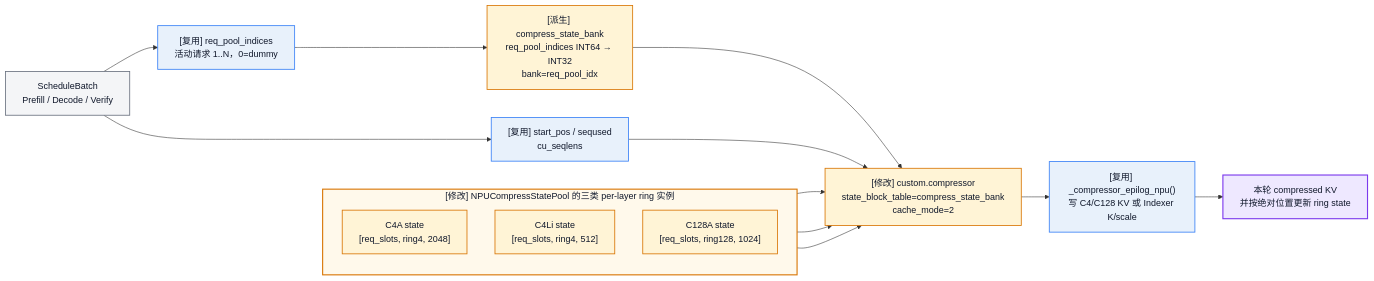
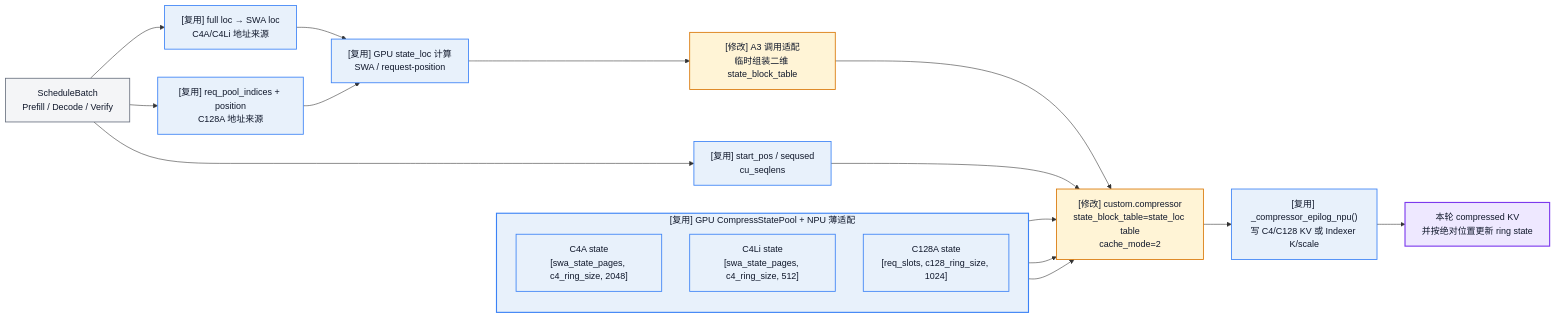
One commit to Talantan1102/sglang changed the eighth of 19 diagrams in python/sglang/srt/hardware_backend/npu/dsv4/NPU_DSV4_CACHE_REFACTOR.md. Above: the diagram before and after it, drawn with Mermaid. The commit also changed other lines of this file and 19 other files, not shown here.

Commit message:
refactor(npu): switch DSV4 compressor state to ring storage

````diff
--- a/python/sglang/srt/hardware_backend/npu/dsv4/NPU_DSV4_CACHE_REFACTOR.md
+++ b/python/sglang/srt/hardware_backend/npu/dsv4/NPU_DSV4_CACHE_REFACTOR.md
@@ -392,33 +398,37 @@
 ```mermaid
 flowchart LR
     Batch["ScheduleBatch<br/>Prefill / Decode / Verify"]:::neutral
-    Req["[复用] req_pool_indices<br/>活动请求 1..N，0=dummy"]:::reused
+    Full["[复用] full loc → SWA loc<br/>C4A/C4Li 地址来源"]:::reused
+    Req["[复用] req_pool_indices + position<br/>C128A 地址来源"]:::reused
     Seq["[复用] start_pos / seqused<br/>cu_seqlens"]:::reused
-    Bank["[派生] compress_state_bank<br/>req_pool_indices INT64 → INT32<br/>bank=req_pool_idx"]:::changed
+    Addr["[复用] GPU state_loc 计算<br/>SWA / request-position"]:::reused
+    LocTable["[修改] A3 调用适配<br/>临时组装二维 state_block_table"]:::changed
 
-    subgraph Pools["[修改] NPUCompressStatePool 的三类 per-layer ring 实例"]
+    subgraph Pools["[复用] GPU CompressStatePool + NPU 薄适配"]
         direction TB
-        C4A["C4A state<br/>[req_slots, ring4, 2048]"]:::changed
-        C4Li["C4Li state<br/>[req_slots, ring4, 512]"]:::changed
-        C128A["C128A state<br/>[req_slots, ring128, 1024]"]:::changed
+        C4A["C4A state<br/>[swa_state_pages, c4_ring_size, 2048]"]:::reused
+        C4Li["C4Li state<br/>[swa_state_pages, c4_ring_size, 512]"]:::reused
+        C128A["C128A state<br/>[req_slots, c128_ring_size, 1024]"]:::reused
     end
 
-    Op["[修改] custom.compressor<br/>state_block_table=compress_state_bank<br/>cache_mode=2"]:::changed
+    Op["[修改] custom.compressor<br/>state_block_table=state_loc table<br/>cache_mode=2"]:::changed
     Epilog["[复用] _compressor_epilog_npu()<br/>写 C4/C128 KV 或 Indexer K/scale"]:::reused
     Result["本轮 compressed KV<br/>并按绝对位置更新 ring state"]:::result
 
-    Batch --> Req --> Bank
+    Batch --> Full --> Addr
+    Batch --> Req --> Addr
+    Addr --> LocTable
     Batch --> Seq
-    Bank --> Op
+    LocTable --> Op
     Seq --> Op
     C4A --> Op
     C4Li --> Op
     C128A --> Op
     Op --> Epilog --> Result
 
     classDef reused fill:#E8F1FB,stroke:#3B82F6,color:#0F172A,stroke-width:1.5px;
     classDef changed fill:#FFF4D6,stroke:#D97706,color:#0F172A,stroke-width:1.5px;
     classDef neutral fill:#F4F5F7,stroke:#6B7280,color:#0F172A,stroke-width:1.5px;
     classDef result fill:#EEE8FF,stroke:#7C3AED,color:#0F172A,stroke-width:2px;
-    style Pools fill:#FFF9EB,stroke:#D97706,color:#0F172A,stroke-width:2px;
+    style Pools fill:#E8F1FB,stroke:#3B82F6,color:#0F172A,stroke-width:2px;
 ```
````
